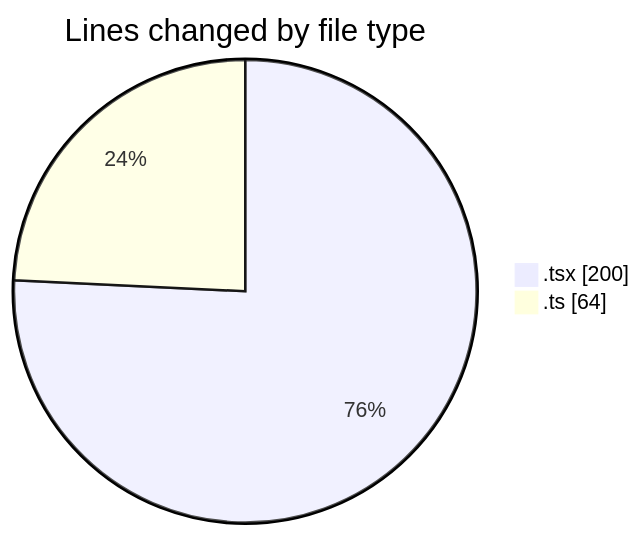
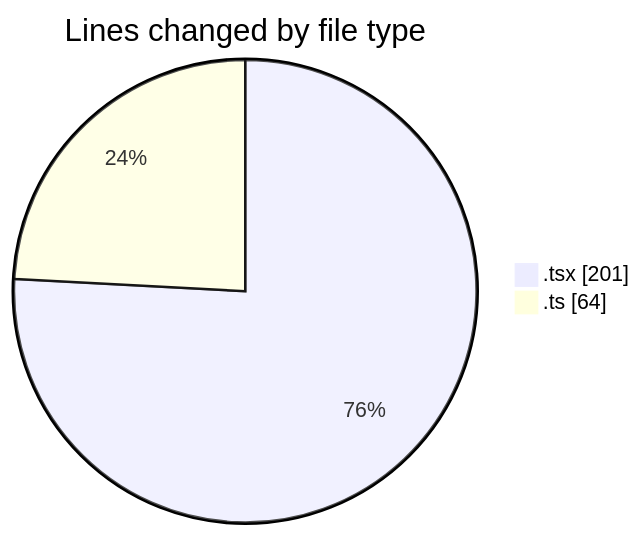
The first of 2 diagrams in 2026-04-20/airfeed-analytics-dashboard/README.md (nxtqubesakshisongat/code-tracking), drawn with Mermaid before and after one commit. The commit also changed other lines of this file and 1 other file, not shown here.

````diff
--- a/2026-04-20/airfeed-analytics-dashboard/README.md
+++ b/2026-04-20/airfeed-analytics-dashboard/README.md
@@ -21,6 +21,6 @@
 ```mermaid
 pie showData
 title Lines changed by file type
-".tsx" : 200
+".tsx" : 201
 ".ts" : 64
 ```
````
